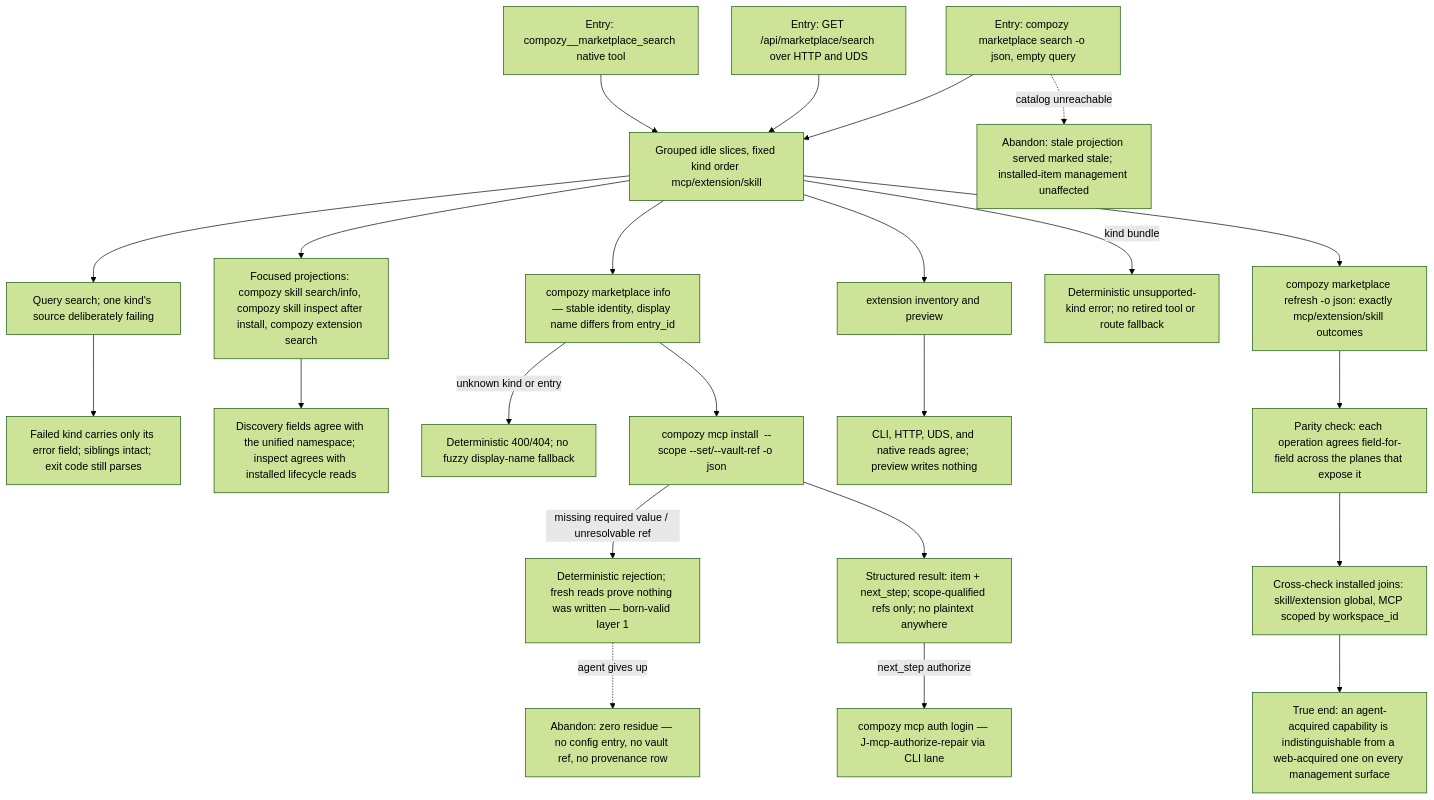
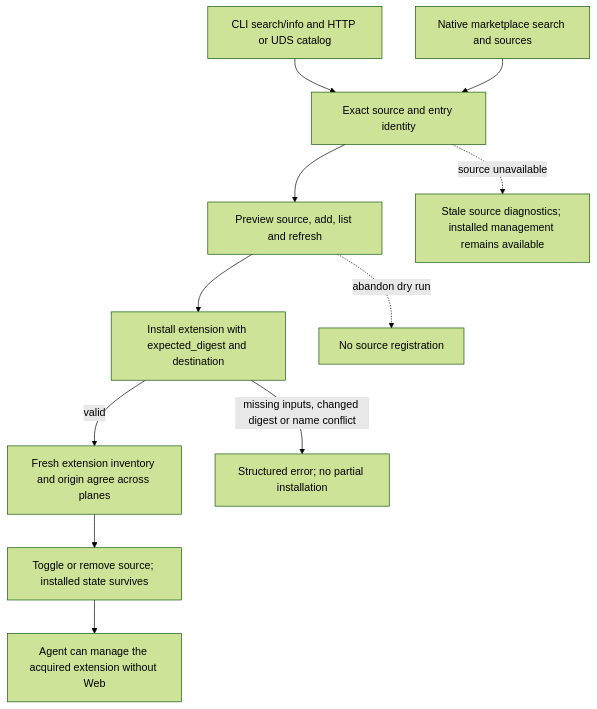
Before and after one commit to compozy/compozy: the diagram in docs/qa/journeys/J-agent-marketplace-parity.md, drawn with Mermaid (forest theme). The commit also changed other lines of this file and 1140 other files, not shown here.

First line of the commit message:
feat: unify marketplace catalog and plugin sources (#636)

````diff
--- a/docs/qa/journeys/J-agent-marketplace-parity.md
+++ b/docs/qa/journeys/J-agent-marketplace-parity.md
@@ -5,25 +5,13 @@
 ```mermaid
 flowchart TD
-  A[Entry: compozy marketplace search -o json, empty query] --> B[Grouped idle slices, fixed kind order mcp/extension/skill]
-  A2[Entry: GET /api/marketplace/search over HTTP and UDS] --> B
-  A3[Entry: compozy__marketplace_search native tool] --> B
-  B --> C[Query search; one kind's source deliberately failing]
-  C --> C2[Failed kind carries only its error field; siblings intact; exit code still parses]
-  B --> C3[Focused projections: compozy skill search/info, compozy skill inspect after install, compozy extension search]
-  C3 --> C4[Discovery fields agree with the unified namespace; inspect agrees with installed lifecycle reads]
-  B --> D[compozy marketplace info <kind> <entry_id> — stable identity, display name differs from entry_id]
-  D -->|unknown kind or entry| D2[Deterministic 400/404; no fuzzy display-name fallback]
-  D --> E[compozy mcp install <entry> --scope --set/--vault-ref -o json]
-  E -->|missing required value / unresolvable ref| E2[Deterministic rejection; fresh reads prove nothing was written — born-valid layer 1]
-  E --> F[Structured result: item + next_step; scope-qualified refs only; no plaintext anywhere]
-  F -->|next_step authorize| G[compozy mcp auth login — J-mcp-authorize-repair via CLI lane]
-  B --> G2[extension inventory and preview]
-  G2 --> G3[CLI, HTTP, UDS, and native reads agree; preview writes nothing]
-  B -->|kind bundle| BX[Deterministic unsupported-kind error; no retired tool or route fallback]
-  B --> H[compozy marketplace refresh -o json: exactly mcp/extension/skill outcomes]
-  H --> I[Parity check: each operation agrees field-for-field across the planes that expose it]
-  I --> J[Cross-check installed joins: skill/extension global, MCP scoped by workspace_id]
-  A -.->|catalog unreachable| X1[Abandon: stale projection served marked stale; installed-item management unaffected]
-  E2 -.->|agent gives up| X2[Abandon: zero residue — no config entry, no vault ref, no provenance row]
-  J --> Z[True end: an agent-acquired capability is indistinguishable from a web-acquired one on every management surface]
+  A[CLI search/info and HTTP or UDS catalog] --> B[Exact source and entry identity]
+  N[Native marketplace search and sources] --> B
+  B --> C[Preview source, add, list and refresh]
+  C --> D[Install extension with expected_digest and destination]
+  D -->|valid| E[Fresh extension inventory and origin agree across planes]
+  D -->|missing inputs, changed digest or name conflict| X[Structured error; no partial installation]
+  E --> F[Toggle or remove source; installed state survives]
+  F --> Z[Agent can manage the acquired extension without Web]
+  B -.->|source unavailable| S[Stale source diagnostics; installed management remains available]
+  C -.->|abandon dry run| Q[No source registration]
 ```
````
